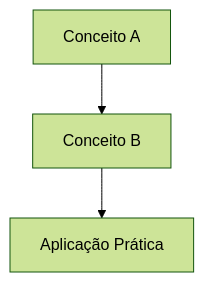
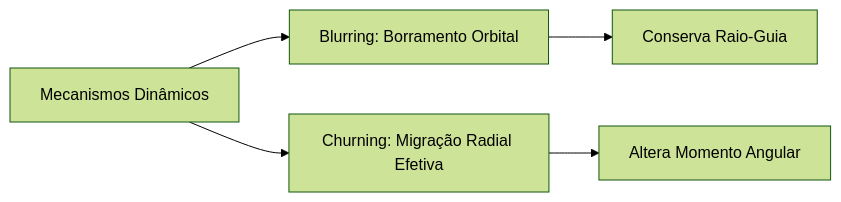
One commit to pedroiff0/page changed the diagram in content/templates/AulaCurso.md. Above: the diagram before and after it, drawn with Mermaid (forest theme). The commit also changed other lines of this file and 695 other files, not shown here.

````diff
--- a/content/templates/AulaCurso.md
+++ b/content/templates/AulaCurso.md
@@ -25,5 +57,7 @@
 ```mermaid
-graph TD
-    A[Conceito A] --> B[Conceito B]
-    B --> C[Aplicação Prática]
+graph LR
+    A[Mecanismos Dinâmicos] --> B[Blurring: Borramento Orbital]
+    A --> C[Churning: Migração Radial Efetiva]
+    B --> D[Conserva Raio-Guia]
+    C --> E[Altera Momento Angular]
 ```
````
